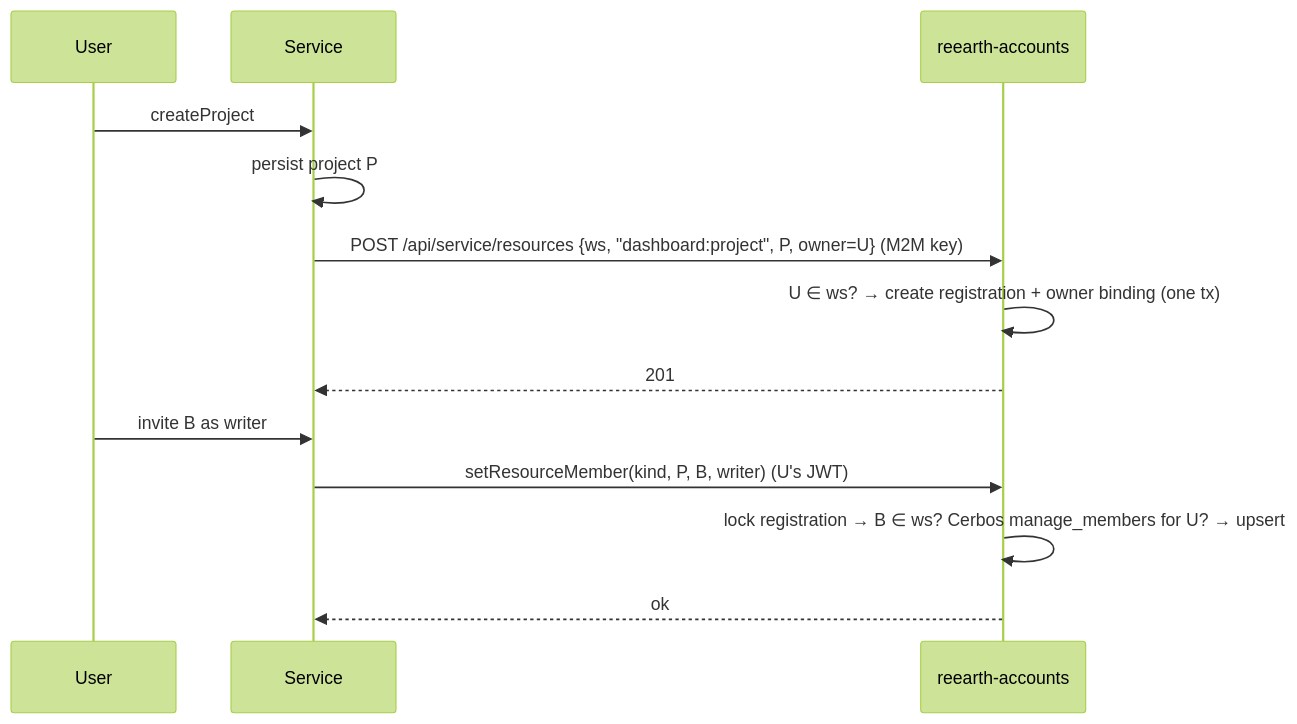
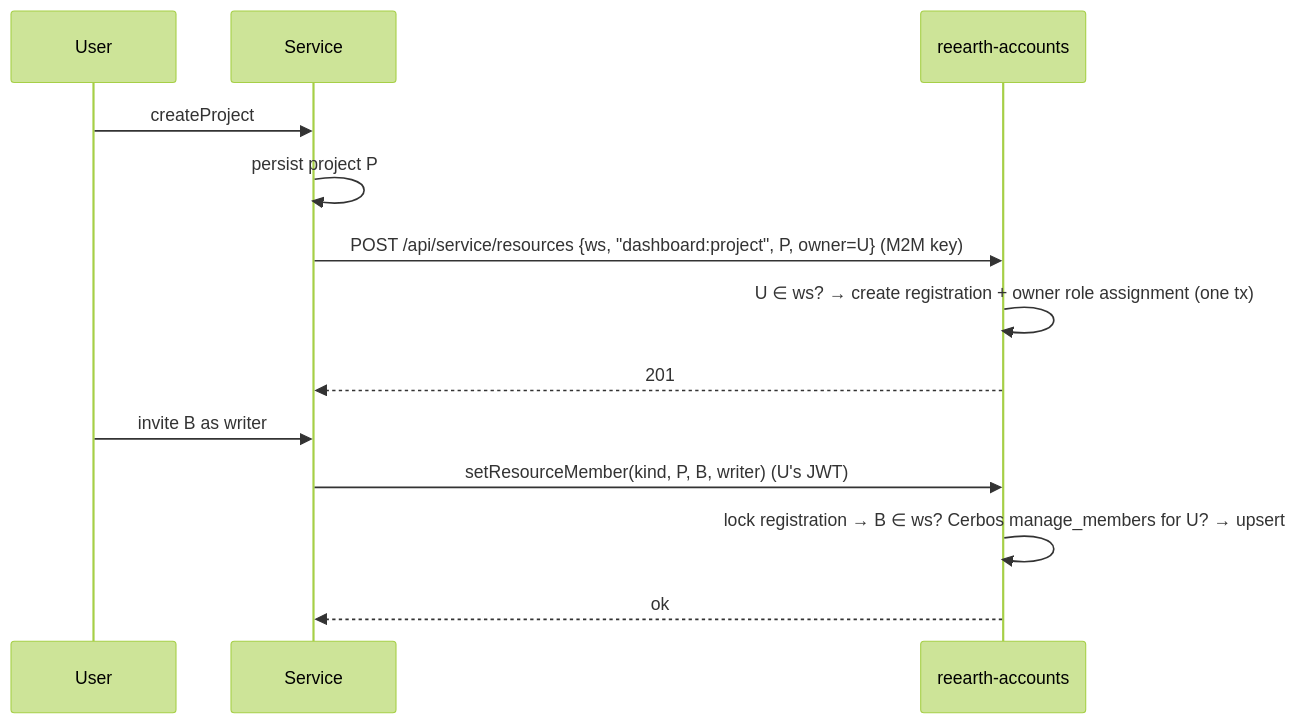
The second of 3 diagrams in server/docs/usecase/resource-role-binding.ja.md (reearth/reearth-accounts), drawn with Mermaid (forest theme) before and after one commit. The commit also changed other lines of this file and 1 other file, not shown here.

Commit message:
docs(server): use "role assignment" instead of "binding" in resource role binding design prose

````diff
--- a/server/docs/usecase/resource-role-binding.ja.md
+++ b/server/docs/usecase/resource-role-binding.ja.md
@@ -449,16 +450,16 @@
 ```mermaid
 sequenceDiagram
     participant U as User
     participant S as Service
     participant A as reearth-accounts
 
     U->>S: createProject
     S->>S: persist project P
     S->>A: POST /api/service/resources {ws, "dashboard:project", P, owner=U} (M2M key)
-    A->>A: U ∈ ws? → create registration + owner binding (one tx)
+    A->>A: U ∈ ws? → create registration + owner role assignment (one tx)
     A-->>S: 201
     U->>S: invite B as writer
     S->>A: setResourceMember(kind, P, B, writer) (U's JWT)
     A->>A: lock registration → B ∈ ws? Cerbos manage_members for U? → upsert
     A-->>S: ok
 ```
````
